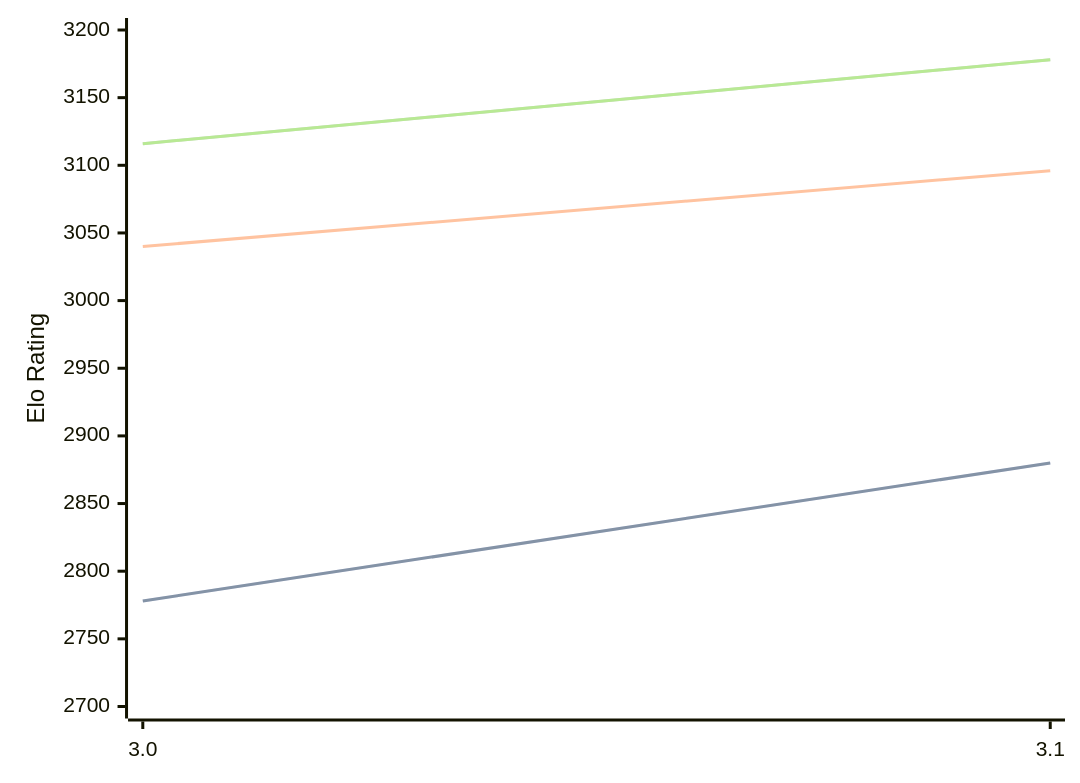
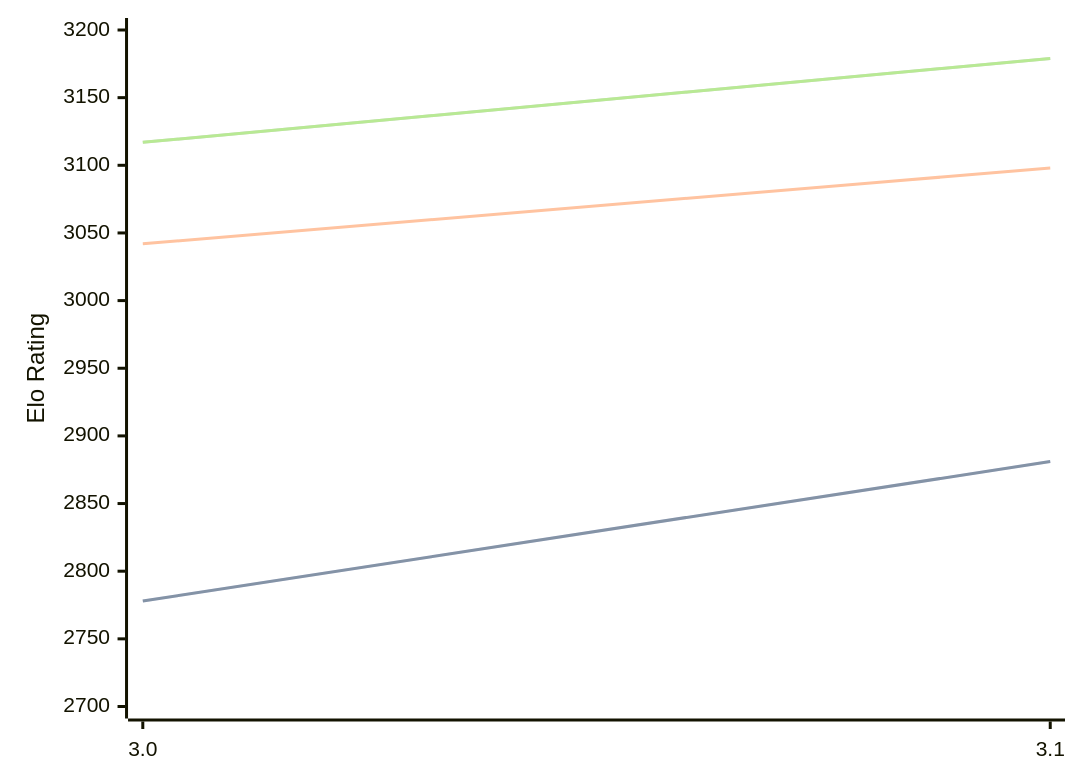
One commit to computer-chess-index/cci changed the diagram in engines/Vajolet2.md. Above: the diagram before and after it, drawn with Mermaid. The commit also changed other lines of this file, not shown here.

Commit message:
Update CCI Ratings (ELO VLTC) - 2026-05-12

````diff
--- a/engines/Vajolet2.md
+++ b/engines/Vajolet2.md
@@ -40,11 +40,11 @@
 ```mermaid
 %%{init: {"theme":"base","themeVariables":{"seriesColors:['#a3a3a3','#222221','#faa371']}}}%%
 xychart-beta
   x-axis ["3.0", "3.1"]
   y-axis "Elo Rating" 2700 --> 3200
-  line "STC (8.0+0.08s)" [2778, 2880]
-  line "STC (8.0+0.08s)" [2778, 2880]
-  line "LTC (60.0+0.60s)" [3040, 3096]
-  line "VLTC (2m24s+1.12s)" [3116, 3178]
-  line "VLTC (2m24s+1.12s)" [3116, 3178]
+  line "STC (8.0+0.08s)" [2778, 2881]
+  line "STC (8.0+0.08s)" [2778, 2881]
+  line "LTC (60.0+0.60s)" [3042, 3098]
+  line "VLTC (2m24s+1.12s)" [3117, 3179]
+  line "VLTC (2m24s+1.12s)" [3117, 3179]
 ```
````
